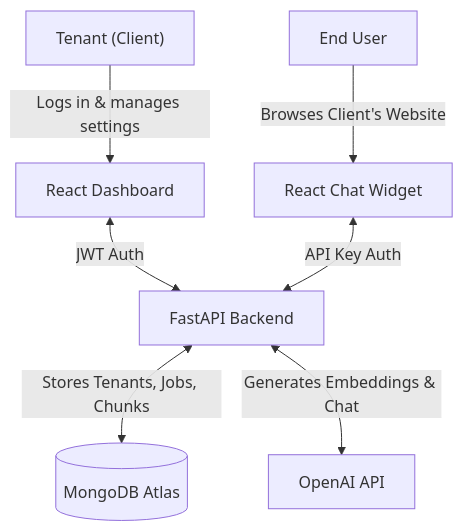
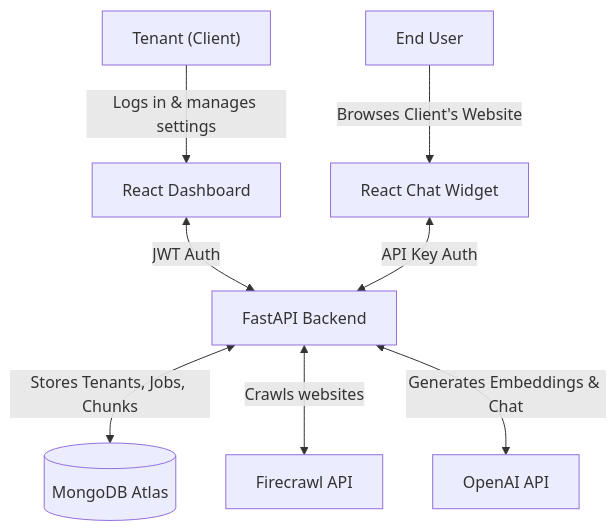
One commit to Himanshu-Jha-rgb/AI_Chatbot_widget changed the first of 3 diagrams in README.md. Above: the diagram before and after it, drawn with Mermaid. The commit also changed other lines of this file and 1 other file, not shown here.

Commit message:
docs: update README and .env.example for Firecrawl integration and environment setup

````diff
--- a/README.md
+++ b/README.md
@@ -8,11 +8,12 @@
 ```mermaid
 graph TD
     Client["Tenant (Client)"] -->|Logs in & manages settings| Dashboard["React Dashboard"]
     Dashboard <-->|JWT Auth| API["FastAPI Backend"]
     
     EndUser["End User"] -->|Browses Client's Website| Widget["React Chat Widget"]
     Widget <-->|API Key Auth| API
     
     API <-->|Stores Tenants, Jobs, Chunks| MongoDB[("MongoDB Atlas")]
+    API <-->|Crawls websites| Firecrawl["Firecrawl API"]
     API <-->|Generates Embeddings & Chat| OpenAI["OpenAI API"]
 ```
````
